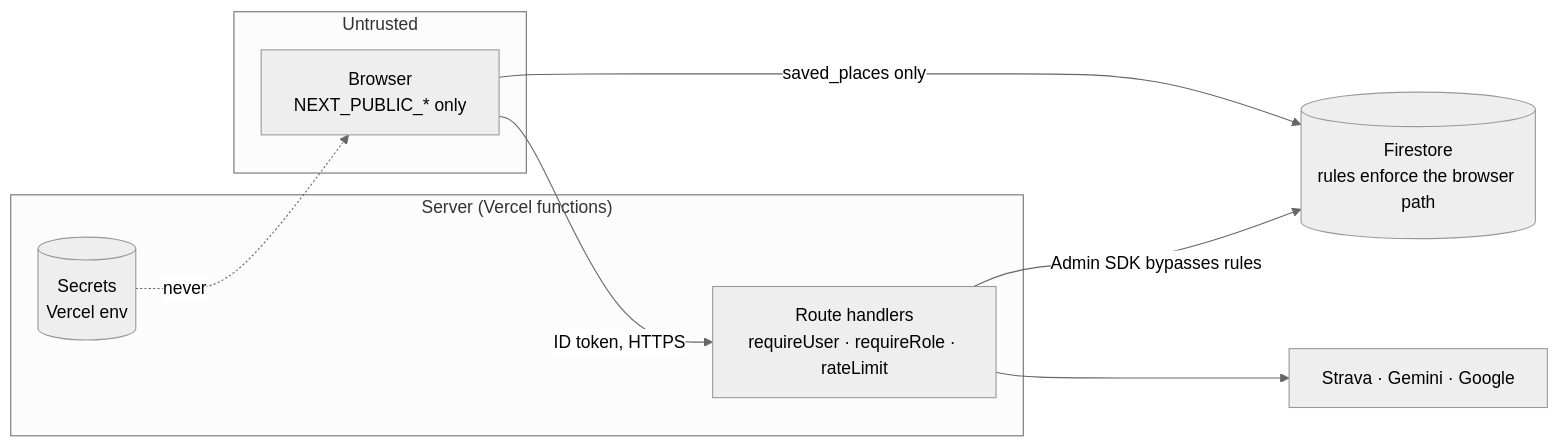
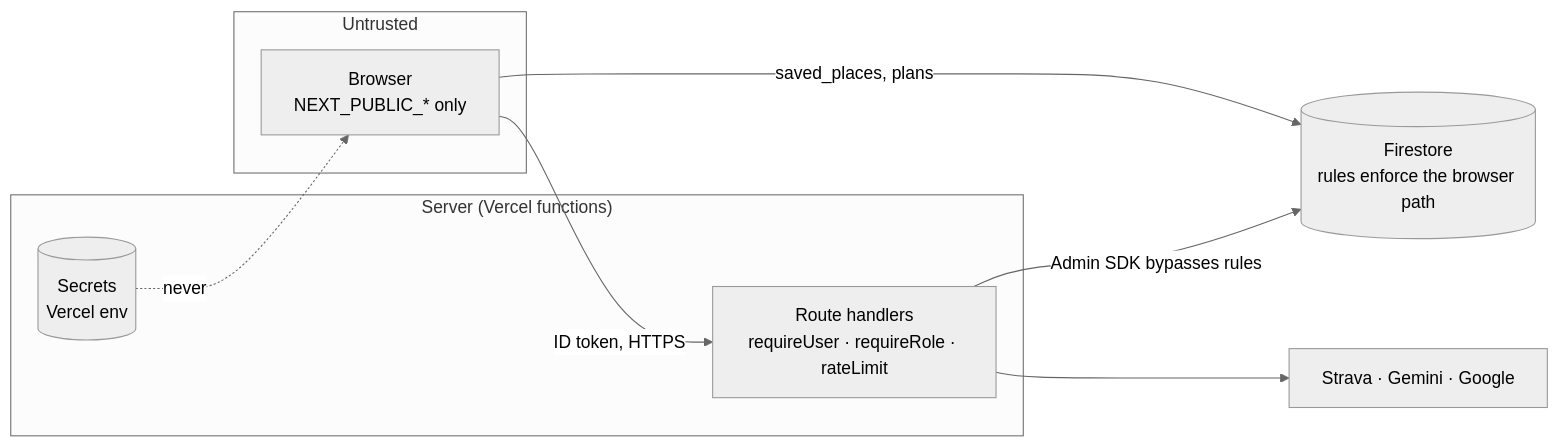
Before and after one commit to Oweeboi011/Fit-Ready-IQ: the first of 2 diagrams in docs/guides/security.md, drawn with Mermaid (neutral theme). The commit also changed other lines of this file and 19 other files, not shown here.

````diff
--- a/docs/guides/security.md
+++ b/docs/guides/security.md
@@ -9,17 +9,17 @@
 ```mermaid
 flowchart LR
     subgraph Untrusted
         B["Browser<br/>NEXT_PUBLIC_* only"]
     end
     subgraph Trusted["Server (Vercel functions)"]
         R["Route handlers<br/>requireUser · requireRole · rateLimit"]
         S[("Secrets<br/>Vercel env")]
     end
     FS[("Firestore<br/>rules enforce the browser path")]
     X["Strava · Gemini · Google"]
     B -->|ID token, HTTPS| R
-    B -->|saved_places only| FS
+    B -->|saved_places, plans| FS
     R -->|Admin SDK bypasses rules| FS
     R --> X
     S -.never.-> B
 ```
````
